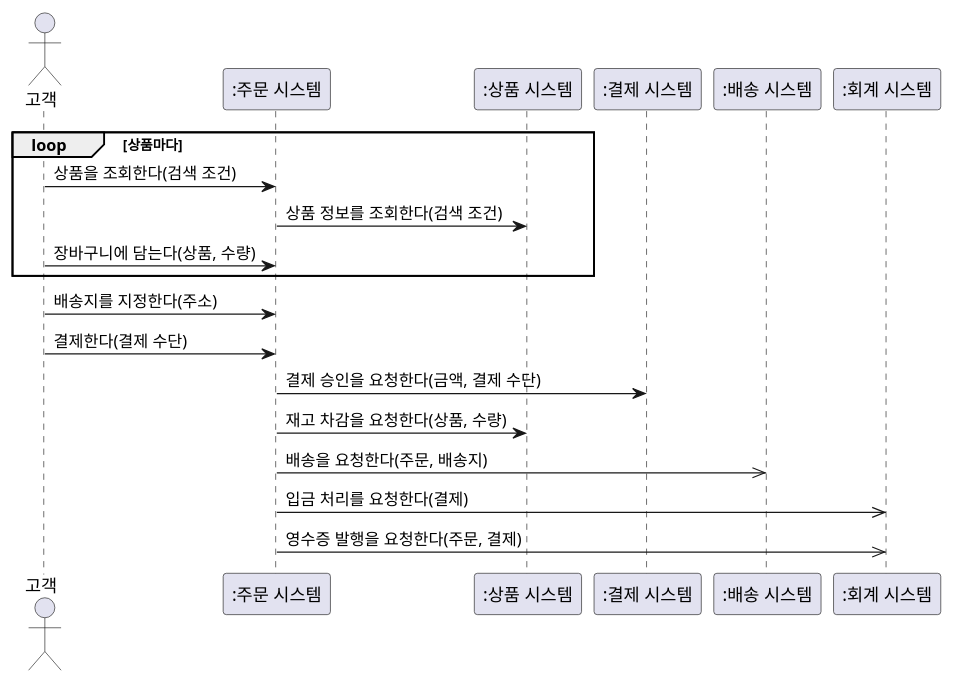
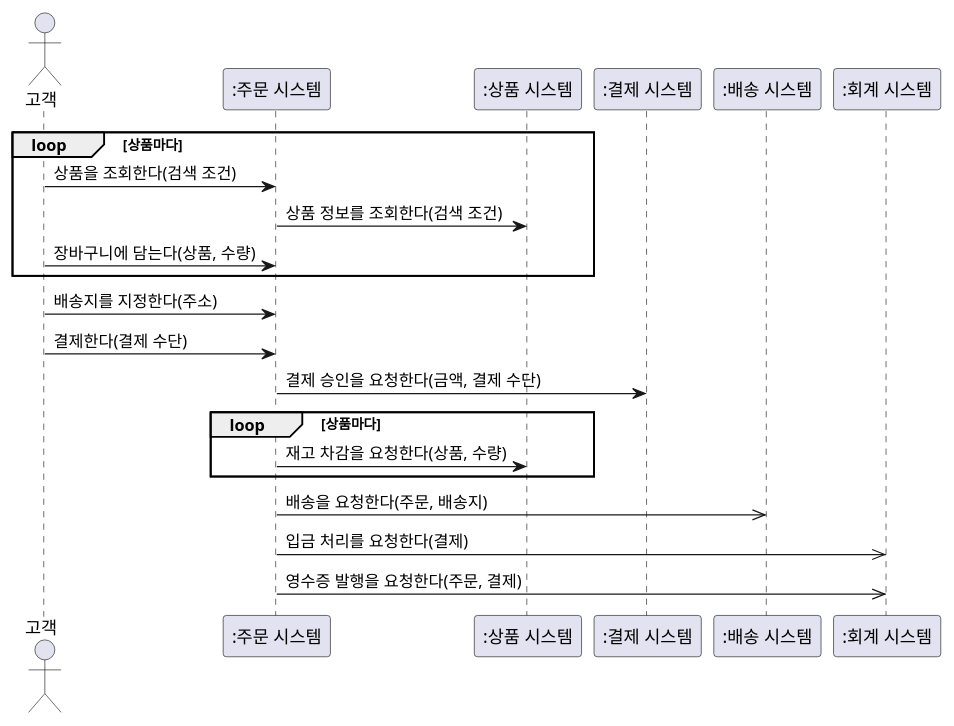
The fourth of 12 diagrams in courses/ooad/sessions/s02.md (YoungSan77/TrainingMaterials), drawn with PlantUML before and after one commit. The commit also changed other lines of this file and 44 other files, not shown here.

````diff
--- a/courses/ooad/sessions/s02.md
+++ b/courses/ooad/sessions/s02.md
@@ -1272,22 +1380,24 @@
 ```plantuml:sequence
 @startuml
 actor "고객" as C
 participant ":주문 시스템" as S
 participant ":상품 시스템" as G
 participant ":결제 시스템" as P
 participant ":배송 시스템" as D
 participant ":회계 시스템" as A
 loop 상품마다
   C -> S : 상품을 조회한다(검색 조건)
   S -> G : 상품 정보를 조회한다(검색 조건)
   C -> S : 장바구니에 담는다(상품, 수량)
 end
 C -> S : 배송지를 지정한다(주소)
 C -> S : 결제한다(결제 수단)
 S -> P : 결제 승인을 요청한다(금액, 결제 수단)
-S -> G : 재고 차감을 요청한다(상품, 수량)
+loop 상품마다
+  S -> G : 재고 차감을 요청한다(상품, 수량)
+end
 S ->> D : 배송을 요청한다(주문, 배송지)
 S ->> A : 입금 처리를 요청한다(결제)
 S ->> A : 영수증 발행을 요청한다(주문, 결제)
 @enduml
 ```
````
